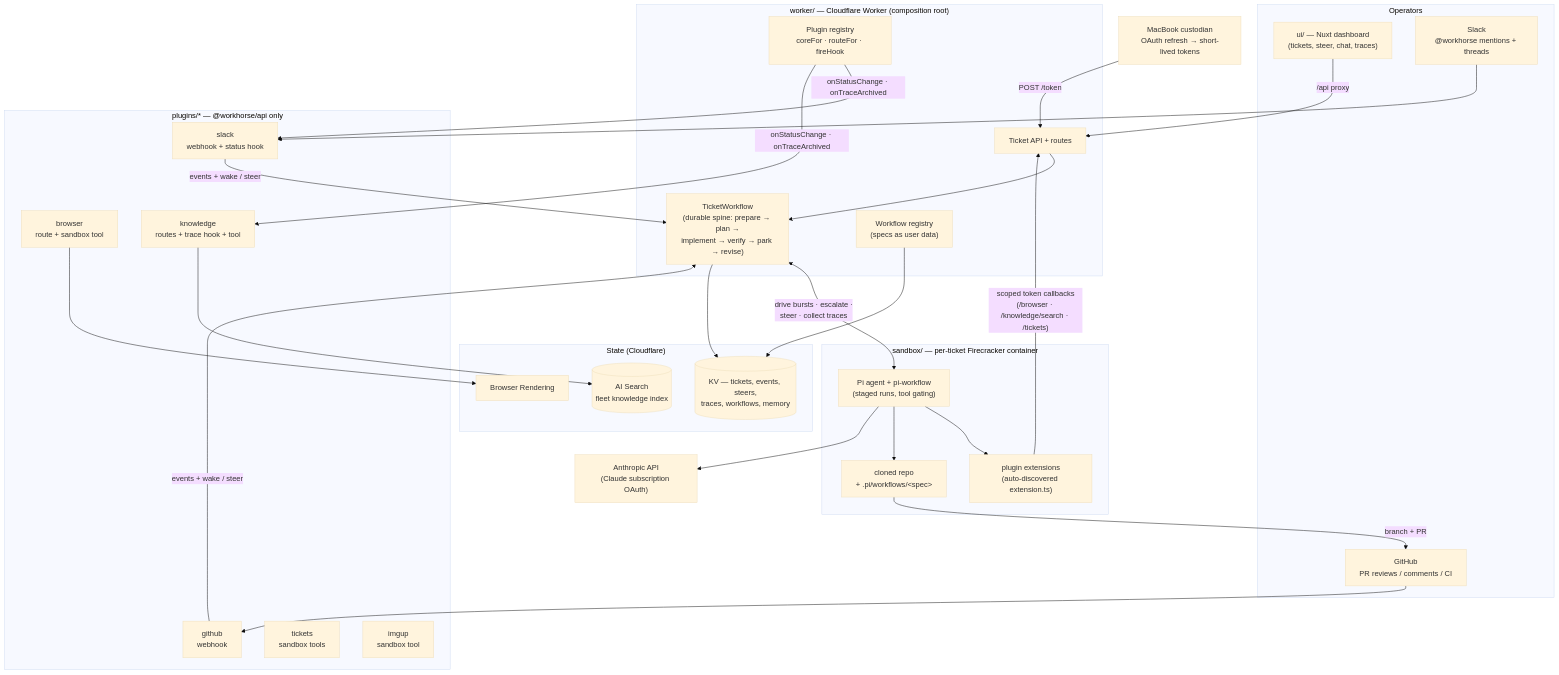
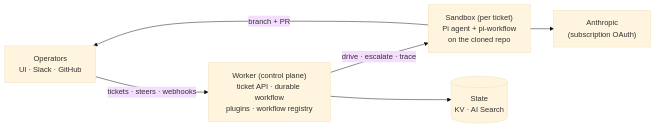
The diagram in README.md (StevenJPx2/workhorse), drawn with Mermaid (base theme) before and after one commit.

Commit message:
docs: README — simplify architecture diagram to 5-node overview
Operators → Worker → Sandbox → Anthropic, State on the side, PR loop
back to operators. The planes table + workspace paragraph carry the
detail; the diagram carries the shape.

````diff
--- a/README.md
+++ b/README.md
@@ -10,57 +10,14 @@
 ```mermaid
-flowchart TB
-    subgraph operators["Operators"]
-        UI["ui/ — Nuxt dashboard<br/>(tickets, steer, chat, traces)"]
-        SLACK_USER["Slack<br/>@workhorse mentions + threads"]
-        GH_USER["GitHub<br/>PR reviews / comments / CI"]
-    end
+flowchart LR
+    OPS["Operators<br/>UI · Slack · GitHub"]
+    WORKER["Worker (control plane)<br/>ticket API · durable workflow<br/>plugins · workflow registry"]
+    SANDBOX["Sandbox (per ticket)<br/>Pi agent + pi-workflow<br/>on the cloned repo"]
+    STATE[("State<br/>KV · AI Search")]
+    LLM["Anthropic<br/>(subscription OAuth)"]
 
-    subgraph worker["worker/ — Cloudflare Worker (composition root)"]
-        ROUTES["Ticket API + routes"]
-        WF["TicketWorkflow<br/>(durable spine: prepare → plan →<br/>implement → verify → park → revise)"]
-        REG["Plugin registry<br/>coreFor · routeFor · fireHook"]
-        WFREG["Workflow registry<br/>(specs as user data)"]
-    end
-
-    subgraph plugins["plugins/* — @workhorse/api only"]
-        P_GH["github<br/>webhook"]
-        P_SLACK["slack<br/>webhook + status hook"]
-        P_BROWSER["browser<br/>route + sandbox tool"]
-        P_KNOW["knowledge<br/>routes + trace hook + tool"]
-        P_TICKETS["tickets<br/>sandbox tools"]
-        P_IMGUP["imgup<br/>sandbox tool"]
-    end
-
-    subgraph state["State (Cloudflare)"]
-        KV[("KV — tickets, events, steers,<br/>traces, workflows, memory")]
-        AIS[("AI Search<br/>fleet knowledge index")]
-        BR["Browser Rendering"]
-    end
-
-    subgraph sandbox["sandbox/ — per-ticket Firecracker container"]
-        PI["Pi agent + pi-workflow<br/>(staged runs, tool gating)"]
-        EXT["plugin extensions<br/>(auto-discovered extension.ts)"]
-        REPO["cloned repo<br/>+ .pi/workflows/&lt;spec&gt;"]
-    end
-
-    CUSTODIAN["MacBook custodian<br/>OAuth refresh → short-lived tokens"]
-    ANTHROPIC["Anthropic API<br/>(Claude subscription OAuth)"]
-
-    UI -->|/api proxy| ROUTES
-    SLACK_USER --> P_SLACK
-    GH_USER --> P_GH
-    P_GH & P_SLACK -->|"events + wake / steer"| WF
-    ROUTES --> WF
-    REG -->|"onStatusChange · onTraceArchived"| P_SLACK & P_KNOW
-    WF <-->|"drive bursts · escalate ·<br/>steer · collect traces"| PI
-    WF --> KV
-    WFREG --> KV
-    P_KNOW --> AIS
-    P_BROWSER --> BR
-    PI --> EXT
-    EXT -->|"scoped token callbacks<br/>(/browser · /knowledge/search · /tickets)"| ROUTES
-    PI --> REPO
-    PI --> ANTHROPIC
-    CUSTODIAN -->|"POST /token"| ROUTES
-    REPO -->|"branch + PR"| GH_USER
+    OPS -->|"tickets · steers · webhooks"| WORKER
+    WORKER -->|"drive · escalate · trace"| SANDBOX
+    WORKER --> STATE
+    SANDBOX --> LLM
+    SANDBOX -->|"branch + PR"| OPS
 ```
````
